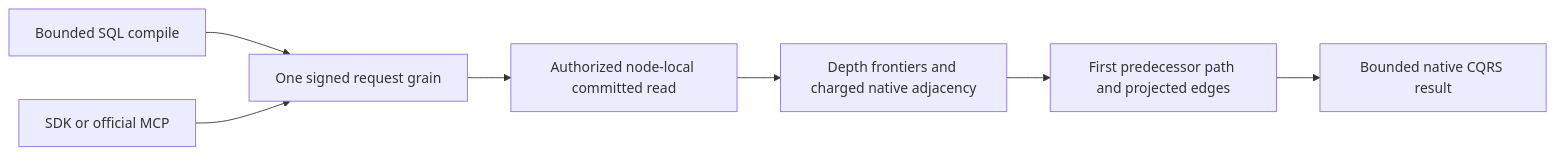
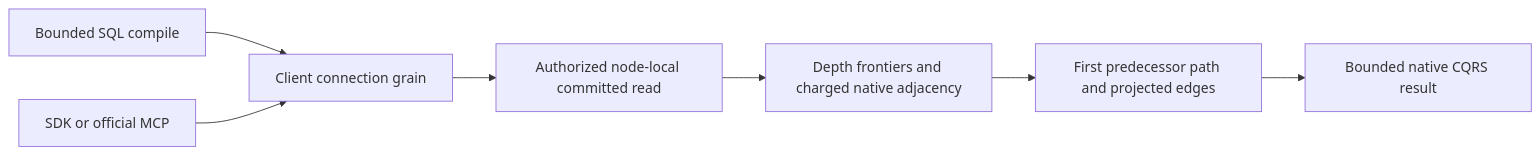
The diagram in docs/Features/GraphTraversal/ShortestPath.md (managedcode/KeyLoad), drawn with Mermaid before and after one commit. The commit also changed other lines of this file and 271 other files, not shown here.

````diff
--- a/docs/Features/GraphTraversal/ShortestPath.md
+++ b/docs/Features/GraphTraversal/ShortestPath.md
@@ -172,9 +161,9 @@
 ```mermaid
 flowchart LR
-    SQL[Bounded SQL compile] --> Request[One signed request grain]
+    SQL[Bounded SQL compile] --> Request[Client connection grain]
     SDK[SDK or official MCP] --> Request
     Request --> Owner[Authorized node-local committed read]
     Owner --> Frontier[Depth frontiers and charged native adjacency]
     Frontier --> Path[First predecessor path and projected edges]
     Path --> Result[Bounded native CQRS result]
 ```
````
